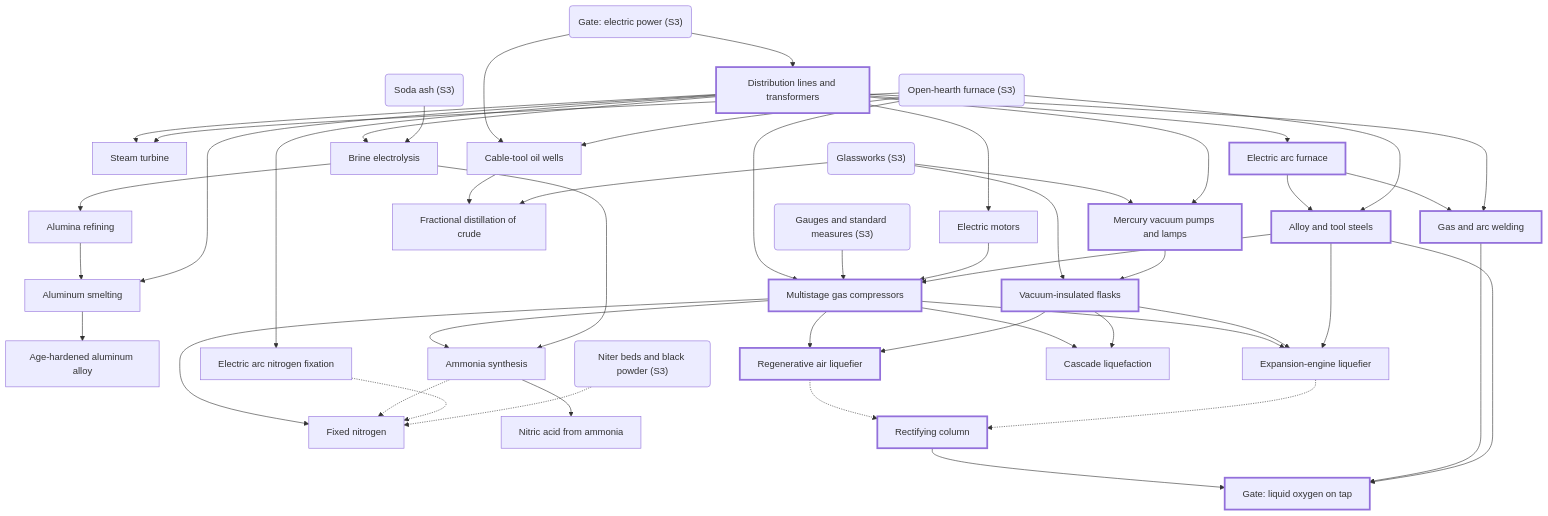
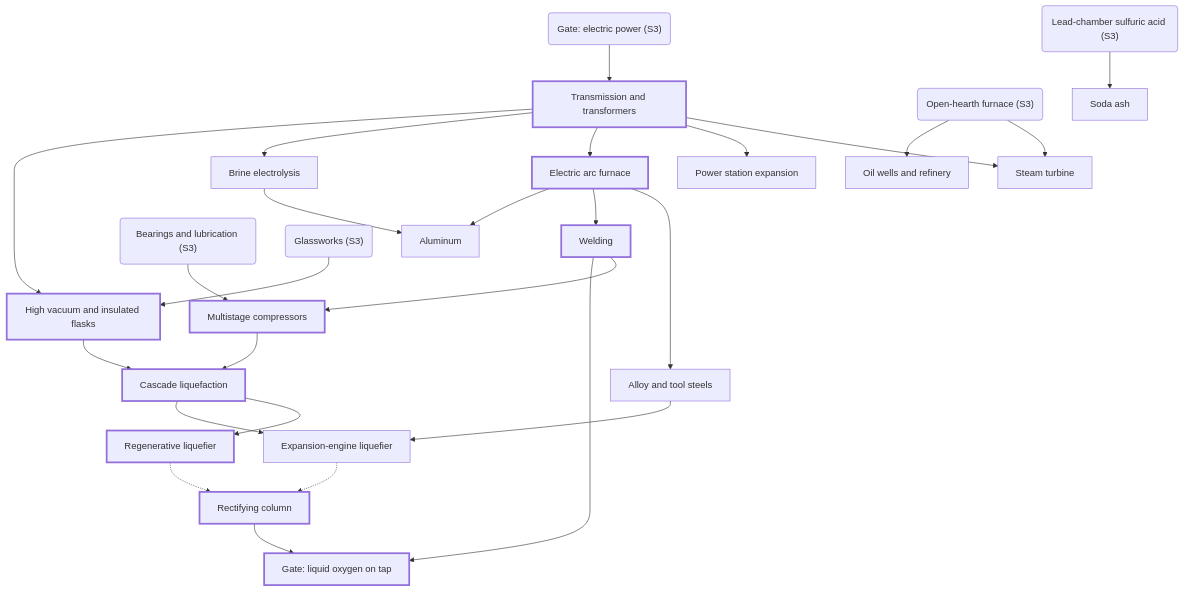
Before and after one commit to joethechickenguy/repo_for_claude: the fourth of 6 diagrams in tech-tree/generated/dependencies.md, drawn with Mermaid. The commit also changed other lines of this file and 24 other files, not shown here.

````diff
--- a/tech-tree/generated/dependencies.md
+++ b/tech-tree/generated/dependencies.md
@@ -237,82 +335,52 @@
 ```mermaid
 flowchart TD
-  distribution_grid["Distribution lines and transformers"]
+  distribution_grid["Transmission and transformers"]
   gate_generator --> distribution_grid
-  electric_motors["Electric motors"]
-  distribution_grid --> electric_motors
   steam_turbine["Steam turbine"]
   distribution_grid --> steam_turbine
   open_hearth --> steam_turbine
+  power_station_expansion["Power station expansion"]
+  distribution_grid --> power_station_expansion
+  arc_furnace["Electric arc furnace"]
+  distribution_grid --> arc_furnace
+  alloy_steels["Alloy and tool steels"]
+  arc_furnace --> alloy_steels
+  welding["Welding"]
+  arc_furnace --> welding
+  soda_ash["Soda ash"]
+  sulfuric_acid --> soda_ash
   chlor_alkali["Brine electrolysis"]
   distribution_grid --> chlor_alkali
-  soda_ash --> chlor_alkali
-  arc_furnace_carbide["Electric arc furnace"]
-  distribution_grid --> arc_furnace_carbide
-  alloy_steels["Alloy and tool steels"]
-  arc_furnace_carbide --> alloy_steels
-  open_hearth --> alloy_steels
-  bayer_alumina["Alumina refining"]
-  chlor_alkali --> bayer_alumina
-  hall_heroult["Aluminum smelting"]
-  bayer_alumina --> hall_heroult
-  distribution_grid --> hall_heroult
-  duralumin["Age-hardened aluminum alloy"]
-  hall_heroult --> duralumin
-  oil_drilling["Cable-tool oil wells"]
-  gate_generator --> oil_drilling
-  open_hearth --> oil_drilling
-  oil_refining["Fractional distillation of crude"]
-  oil_drilling --> oil_refining
-  glassworks --> oil_refining
-  compressors["Multistage gas compressors"]
-  open_hearth --> compressors
-  measurement_standards --> compressors
-  electric_motors --> compressors
-  alloy_steels --> compressors
-  dewar_flasks["Vacuum-insulated flasks"]
-  glassworks --> dewar_flasks
-  vacuum_pumps --> dewar_flasks
-  vacuum_pumps["Mercury vacuum pumps and lamps"]
-  glassworks --> vacuum_pumps
-  distribution_grid --> vacuum_pumps
-  niter_to_fixation["Fixed nitrogen"]
-  compressors --> niter_to_fixation
-  haber_bosch -.-> niter_to_fixation
-  birkeland_eyde -.-> niter_to_fixation
-  niter_beds -.-> niter_to_fixation
-  haber_bosch["Ammonia synthesis"]
-  compressors --> haber_bosch
-  chlor_alkali --> haber_bosch
-  birkeland_eyde["Electric arc nitrogen fixation"]
-  distribution_grid --> birkeland_eyde
-  ostwald_nitric["Nitric acid from ammonia"]
-  haber_bosch --> ostwald_nitric
-  welding["Gas and arc welding"]
-  arc_furnace_carbide --> welding
-  distribution_grid --> welding
-  linde_liquefier["Regenerative air liquefier"]
-  compressors --> linde_liquefier
-  dewar_flasks --> linde_liquefier
-  claude_expander["Expansion-engine liquefier"]
-  compressors --> claude_expander
-  dewar_flasks --> claude_expander
-  alloy_steels --> claude_expander
+  compressors["Multistage compressors"]
+  welding --> compressors
+  bearings_lubrication --> compressors
+  vacuum_and_dewar["High vacuum and insulated flasks"]
+  glassworks --> vacuum_and_dewar
+  distribution_grid --> vacuum_and_dewar
   cascade_liquefier["Cascade liquefaction"]
   compressors --> cascade_liquefier
-  dewar_flasks --> cascade_liquefier
+  vacuum_and_dewar --> cascade_liquefier
+  linde_liquefier["Regenerative liquefier"]
+  cascade_liquefier --> linde_liquefier
+  claude_expander["Expansion-engine liquefier"]
+  cascade_liquefier --> claude_expander
+  alloy_steels --> claude_expander
   air_separation["Rectifying column"]
   linde_liquefier -.-> air_separation
   claude_expander -.-> air_separation
+  aluminum["Aluminum"]
+  chlor_alkali --> aluminum
+  arc_furnace --> aluminum
+  oil["Oil wells and refinery"]
+  open_hearth --> oil
   gate_liquid_oxygen["Gate: liquid oxygen on tap"]
   air_separation --> gate_liquid_oxygen
   welding --> gate_liquid_oxygen
-  alloy_steels --> gate_liquid_oxygen
+  bearings_lubrication("Bearings and lubrication (S3)")
   gate_generator("Gate: electric power (S3)")
   glassworks("Glassworks (S3)")
-  measurement_standards("Gauges and standard measures (S3)")
-  niter_beds("Niter beds and black powder (S3)")
   open_hearth("Open-hearth furnace (S3)")
-  soda_ash("Soda ash (S3)")
+  sulfuric_acid("Lead-chamber sulfuric acid (S3)")
   classDef crit stroke-width:3px
-  class distribution_grid,arc_furnace_carbide,alloy_steels,compressors,dewar_flasks,vacuum_pumps,welding,linde_liquefier,air_separation,gate_liquid_oxygen crit
+  class distribution_grid,arc_furnace,welding,compressors,vacuum_and_dewar,cascade_liquefier,linde_liquefier,air_separation,gate_liquid_oxygen crit
 ```
````
